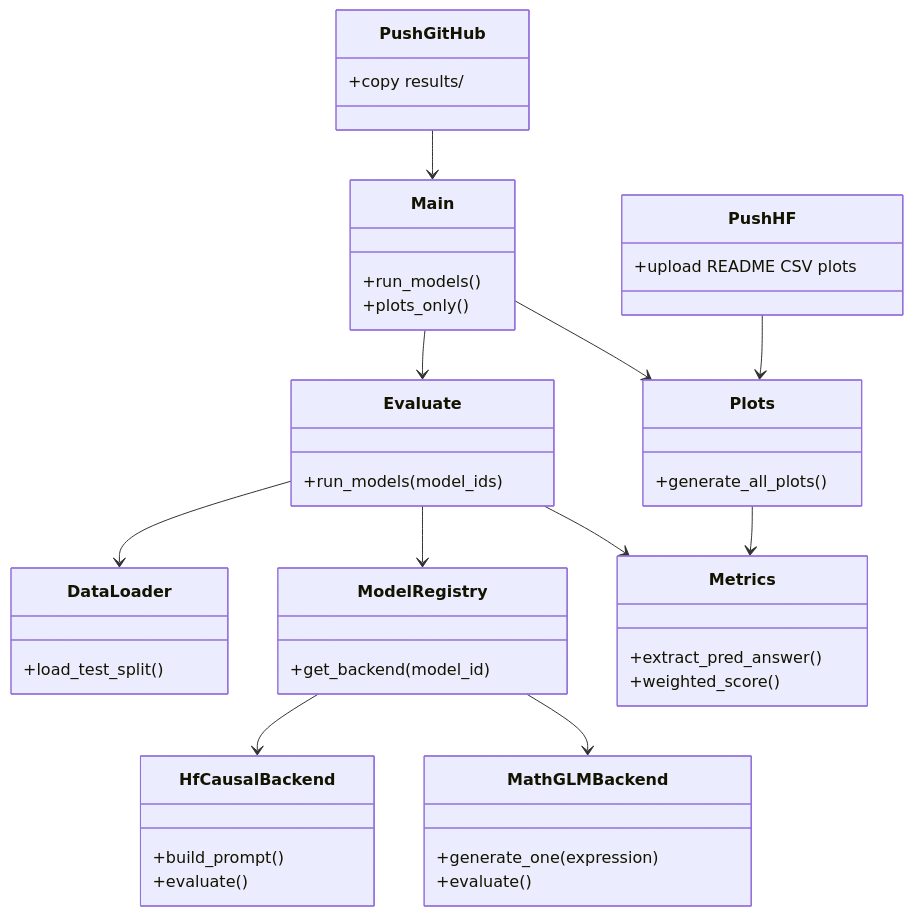
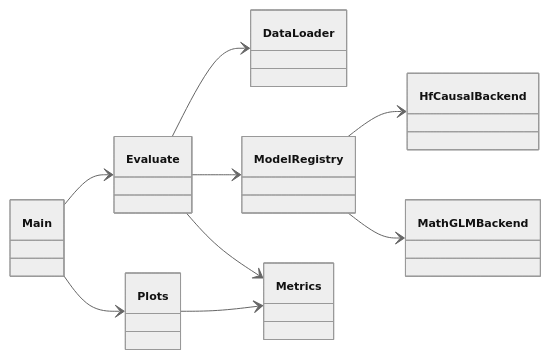
One commit to pymlex/calculator-benchmark changed the diagram in README.md. Above: the diagram before and after it, drawn with Mermaid. The commit also changed other lines of this file, not shown here.

First line of the commit message:
Update README with benchmark results, plots, and compact architecture diagram.

````diff
--- a/README.md
+++ b/README.md
@@ -18,48 +48,21 @@
 ```mermaid
+%%{init: {"theme": "neutral", "themeVariables": {"fontSize": "11px", "classFontSize": "11px"}}}%%
 classDiagram
-    class Main {
-        +run_models()
-        +plots_only()
-    }
-    class Evaluate {
-        +run_models(model_ids)
-    }
-    class DataLoader {
-        +load_test_split()
-    }
-    class Metrics {
-        +extract_pred_answer()
-        +weighted_score()
-    }
-    class ModelRegistry {
-        +get_backend(model_id)
-    }
-    class HfCausalBackend {
-        +build_prompt()
-        +evaluate()
-    }
-    class MathGLMBackend {
-        +generate_one(expression)
-        +evaluate()
-    }
-    class Plots {
-        +generate_all_plots()
-    }
-    class PushGitHub {
-        +copy results/
-    }
-    class PushHF {
-        +upload README CSV plots
-    }
-
+    direction LR
+    class Main
+    class Evaluate
+    class DataLoader
+    class Metrics
+    class ModelRegistry
+    class HfCausalBackend
+    class MathGLMBackend
+    class Plots
     Main --> Evaluate
     Main --> Plots
     Evaluate --> DataLoader
     Evaluate --> ModelRegistry
     ModelRegistry --> HfCausalBackend
     ModelRegistry --> MathGLMBackend
     Evaluate --> Metrics
     Plots --> Metrics
-    PushGitHub --> Main
-    PushHF --> Plots
 ```
````
